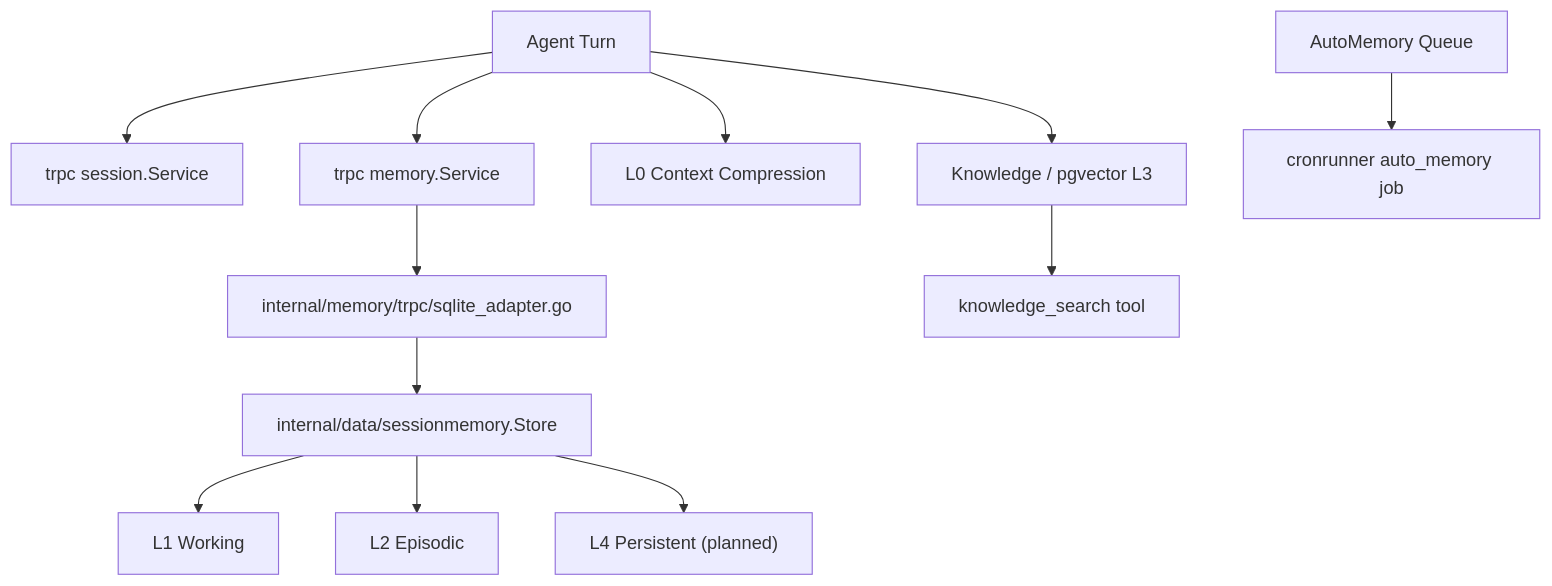
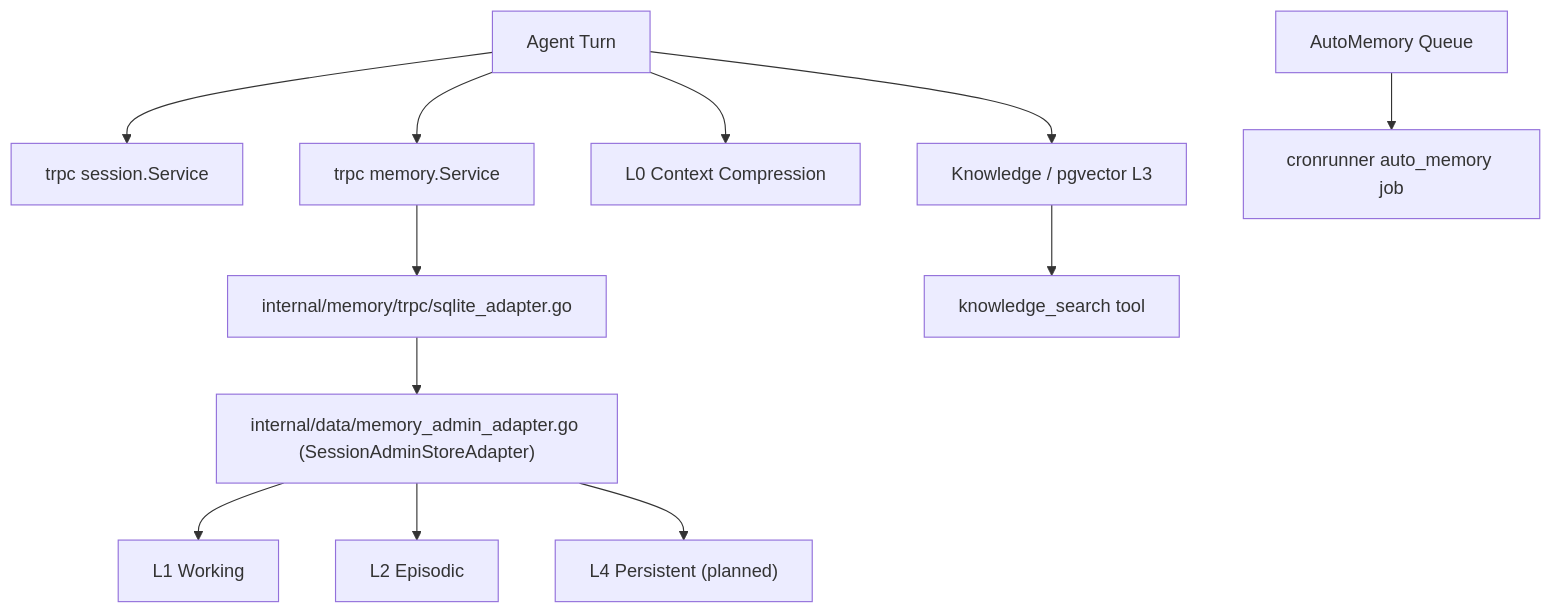
One commit to AmarsDing/aranea-agents changed the seventh of 8 diagrams in docs/development/0-system-diagram.md. Above: the diagram before and after it, drawn with Mermaid. The commit also changed other lines of this file and 42 other files, not shown here.

````diff
--- a/docs/development/0-system-diagram.md
+++ b/docs/development/0-system-diagram.md
@@ -238,14 +242,14 @@
 ```mermaid
 flowchart TB
   Turn["Agent Turn"] --> Session["trpc session.Service"]
   Turn --> MemorySvc["trpc memory.Service"]
   Turn --> L0["L0 Context Compression"]
   MemorySvc --> Adapter["internal/memory/trpc/sqlite_adapter.go"]
-  Adapter --> Store["internal/data/sessionmemory.Store"]
+  Adapter --> Store["internal/data/memory_admin_adapter.go (SessionAdminStoreAdapter)"]
   Store --> L1["L1 Working"]
   Store --> L2["L2 Episodic"]
   Store --> L4["L4 Persistent (planned)"]
   Turn --> Knowledge["Knowledge / pgvector L3"]
   Knowledge --> Tool["knowledge_search tool"]
   Auto["AutoMemory Queue"] --> Cron["cronrunner auto_memory job"]
 ```
````
